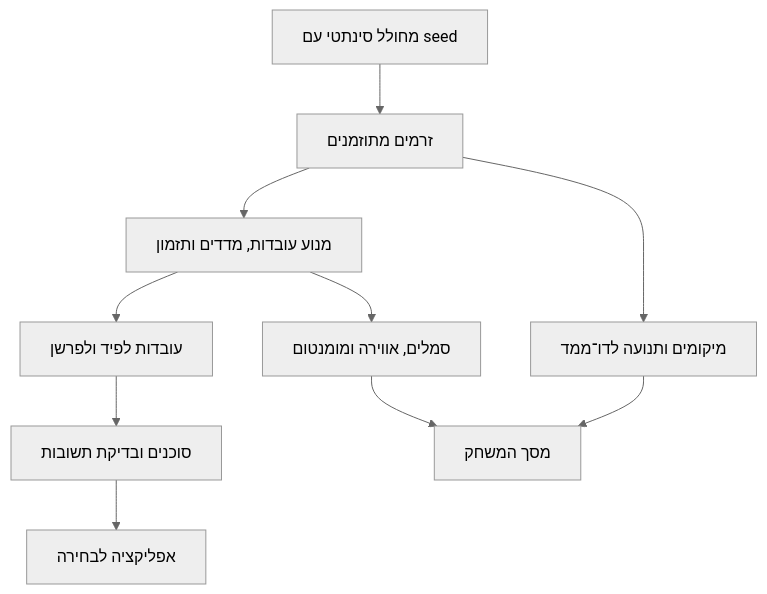
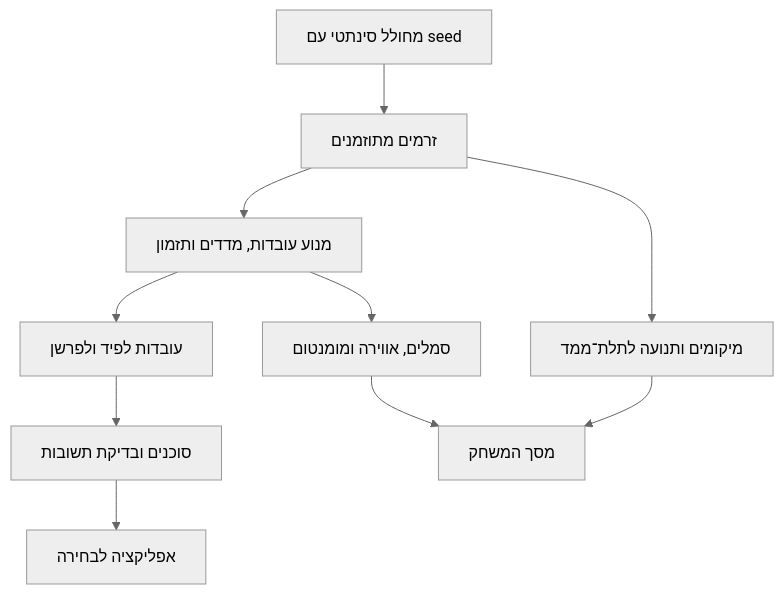
One commit to Nadavgo8/Visual-Match-Intelligence changed the diagram in docs/implementation/VMI-FINAL-PLAN-F.md. Above: the diagram before and after it, drawn with Mermaid (neutral theme). The commit also changed other lines of this file and 33 other files, not shown here.

````diff
--- a/docs/implementation/VMI-FINAL-PLAN-F.md
+++ b/docs/implementation/VMI-FINAL-PLAN-F.md
@@ -140,12 +142,12 @@
 ```mermaid
 flowchart TD
     G["מחולל סינתטי עם seed"] --> R["זרמים מתוזמנים"]
     R --> E["מנוע עובדות, מדדים ותזמון"]
-    R --> V["מיקומים ותנועה לדו־ממד"]
+    R --> V["מיקומים ותנועה לתלת־ממד"]
     E --> O["סמלים, אווירה ומומנטום"]
     E --> F["עובדות לפיד ולפרשן"]
     F --> A["סוכנים ובדיקת תשובות"]
     V --> TV["מסך המשחק"]
     O --> TV
     A --> APP["אפליקציה לבחירה"]
 ```
````
